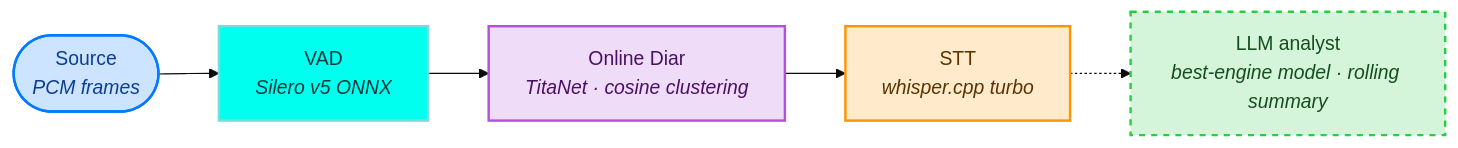
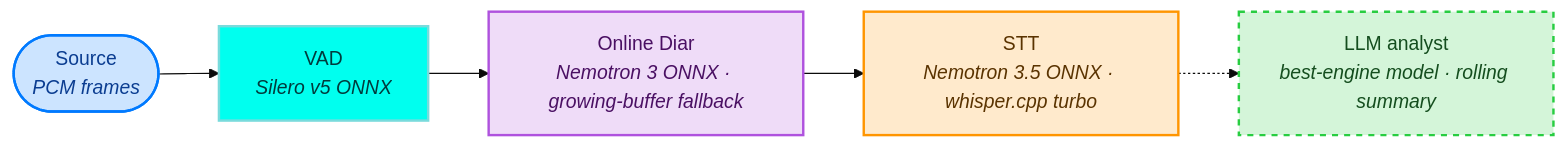
Before and after one commit to warith-harchaoui/vocal-helper: the first of 2 diagrams in README.md, drawn with Mermaid (base theme). The commit also changed other lines of this file and 11 other files, not shown here.

````diff
--- a/README.md
+++ b/README.md
@@ -76,14 +76,14 @@
 ```mermaid
 flowchart LR
     S([Source<br/><i>PCM frames</i>]):::source
       --> V[VAD<br/><i>Silero v5 ONNX</i>]:::vad
-      --> D[Online Diar<br/><i>TitaNet · cosine clustering</i>]:::diar
-      --> A[STT<br/><i>whisper.cpp turbo</i>]:::asr
+      --> D[Online Diar<br/><i>Nemotron 3 ONNX · growing-buffer fallback</i>]:::diar
+      --> A[STT<br/><i>Nemotron 3.5 ONNX · whisper.cpp turbo</i>]:::asr
       -.-> L[LLM analyst<br/><i>best-engine model · rolling summary</i>]:::llm
 
     classDef source fill:#CCE4FF,stroke:#007AFF,stroke-width:2px,color:#0b3d91
     classDef vad    fill:#00ffef,stroke:#79dbdc,stroke-width:2px,color:#003b3c
     classDef diar   fill:#EFDCF8,stroke:#AF52DE,stroke-width:2px,color:#4a1063
     classDef asr    fill:#FFEACC,stroke:#FF9500,stroke-width:2px,color:#5a3300
     classDef llm    fill:#D4F5D9,stroke:#28CD41,stroke-width:2px,color:#144d1e,stroke-dasharray: 5 5
 ```
````
